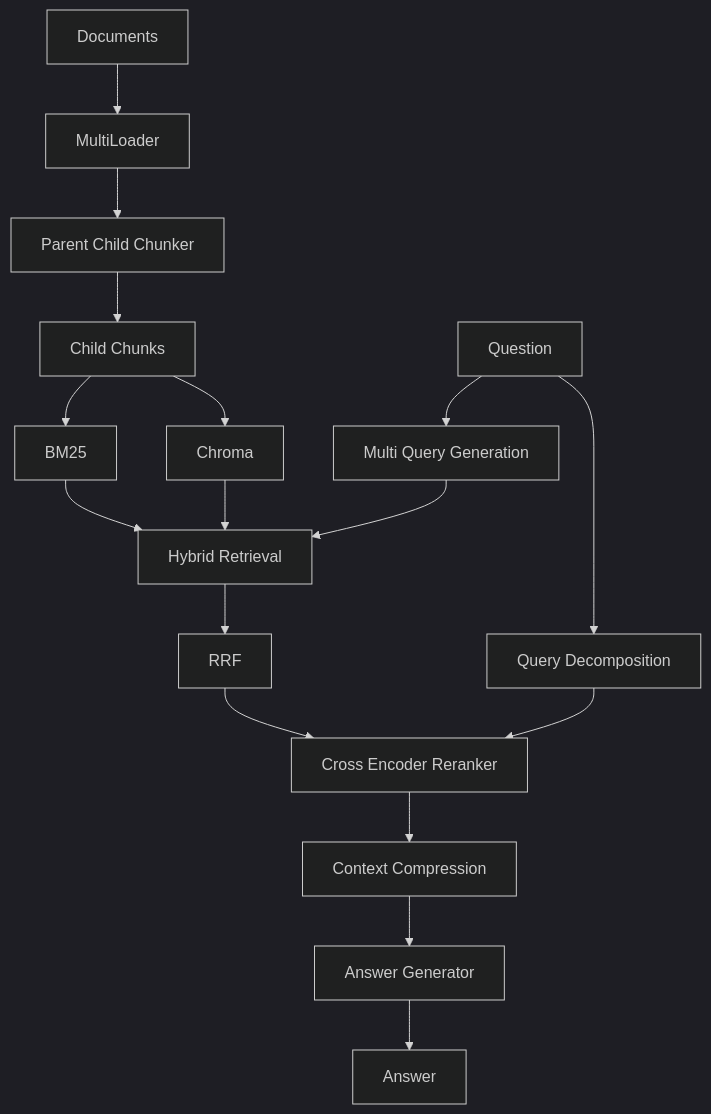
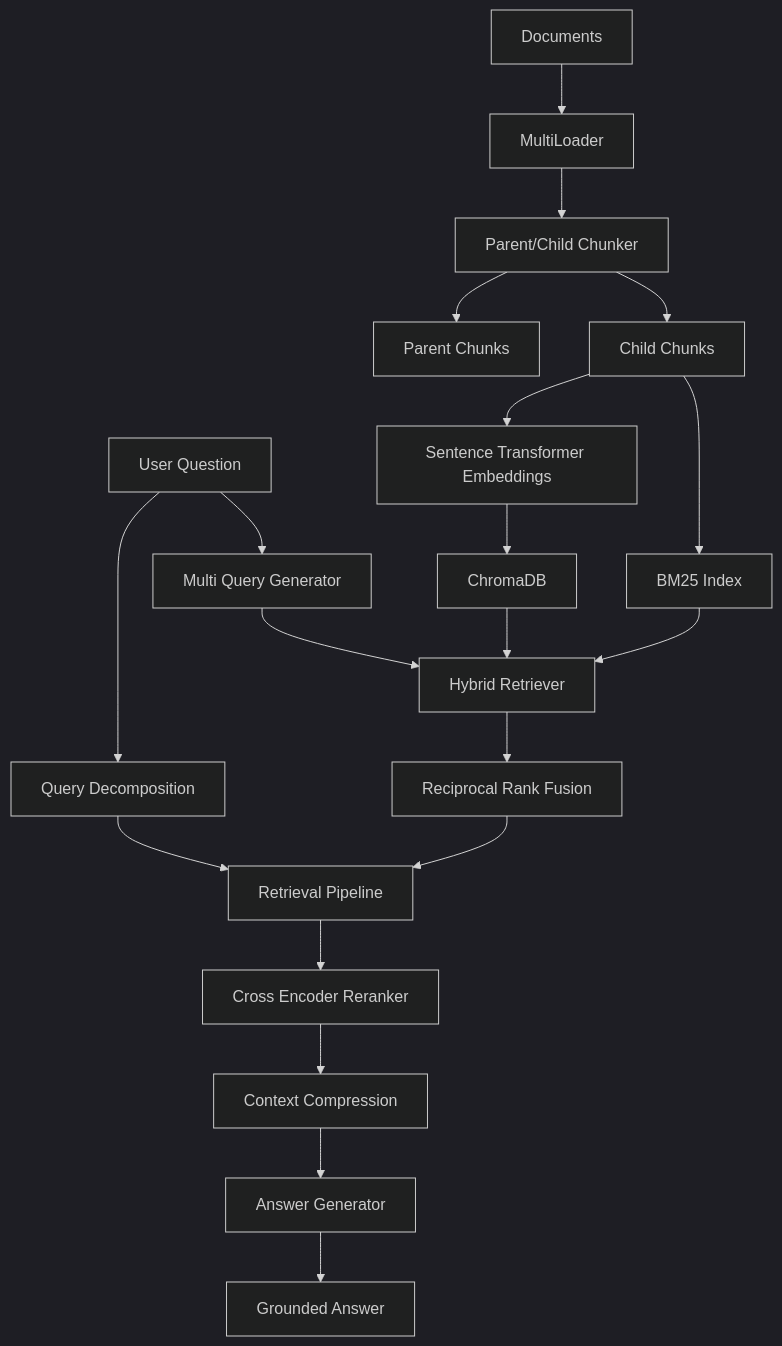
One commit to ankitthakur34/Logistic-Copilot changed the second of 3 diagrams in README.md. Above: the diagram before and after it, drawn with Mermaid (dark theme). The commit also changed other lines of this file, not shown here.

````diff
--- a/README.md
+++ b/README.md
@@ -50,19 +586,26 @@
-``` mermaid
+```mermaid
 flowchart TD
-    A[Documents] --> B[MultiLoader]
-    B --> C[Parent Child Chunker]
-    C --> D[Child Chunks]
-    D --> E[Chroma]
-    D --> F[BM25]
-    G[Question] --> H[Query Decomposition]
-    G --> I[Multi Query Generation]
-    I --> J[Hybrid Retrieval]
-    E --> J
-    F --> J
-    J --> K[RRF]
-    K --> L[Cross Encoder Reranker]
-    H --> L
-    L --> M[Context Compression]
-    M --> N[Answer Generator]
-    N --> O[Answer]
+    D[Documents] --> L[MultiLoader]
+    L --> PC[Parent/Child Chunker]
+    PC --> P[Parent Chunks]
+    PC --> C[Child Chunks]
+
+    C --> E[Sentence Transformer Embeddings]
+    E --> V[ChromaDB]
+    C --> B[BM25 Index]
+
+    Q[User Question] --> DEC[Query Decomposition]
+    Q --> MQ[Multi Query Generator]
+
+    MQ --> H[Hybrid Retriever]
+    V --> H
+    B --> H
+
+    H --> RRF[Reciprocal Rank Fusion]
+    DEC --> R[Retrieval Pipeline]
+    RRF --> R
+    R --> CE[Cross Encoder Reranker]
+    CE --> CC[Context Compression]
+    CC --> AG[Answer Generator]
+    AG --> A[Grounded Answer]
 ```
````
